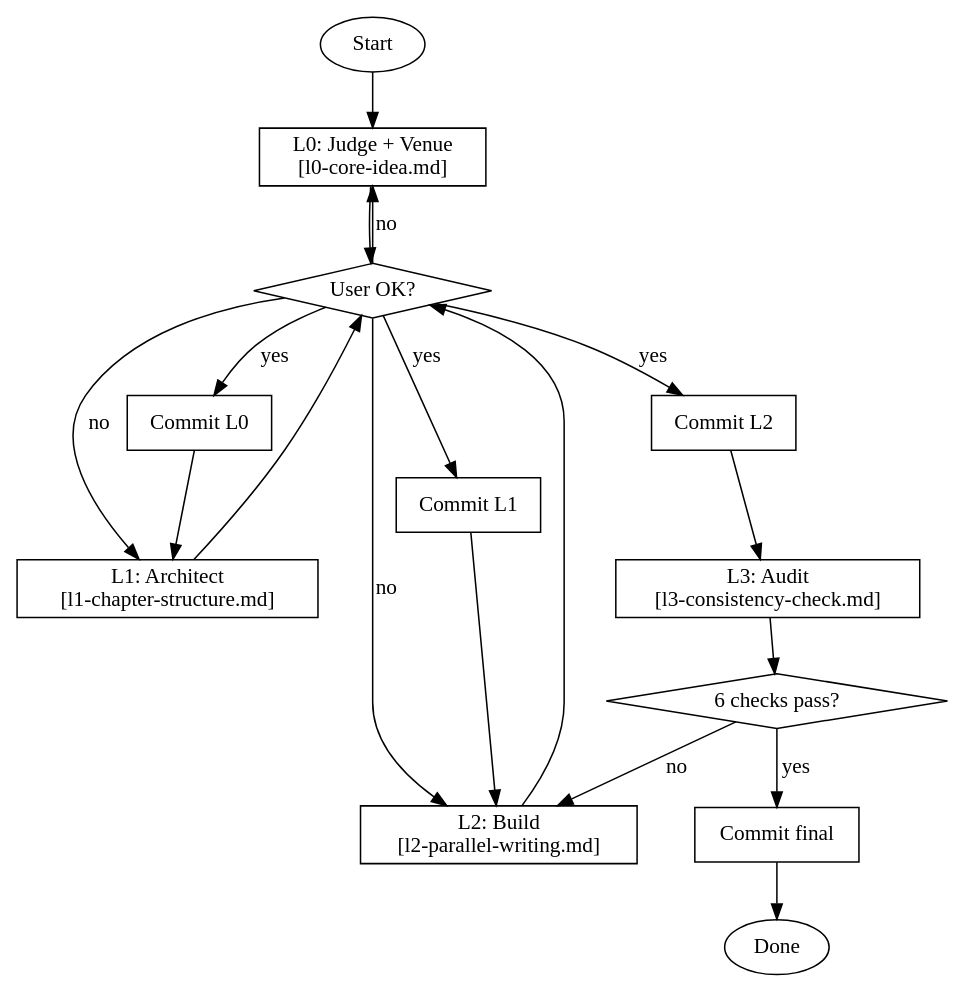
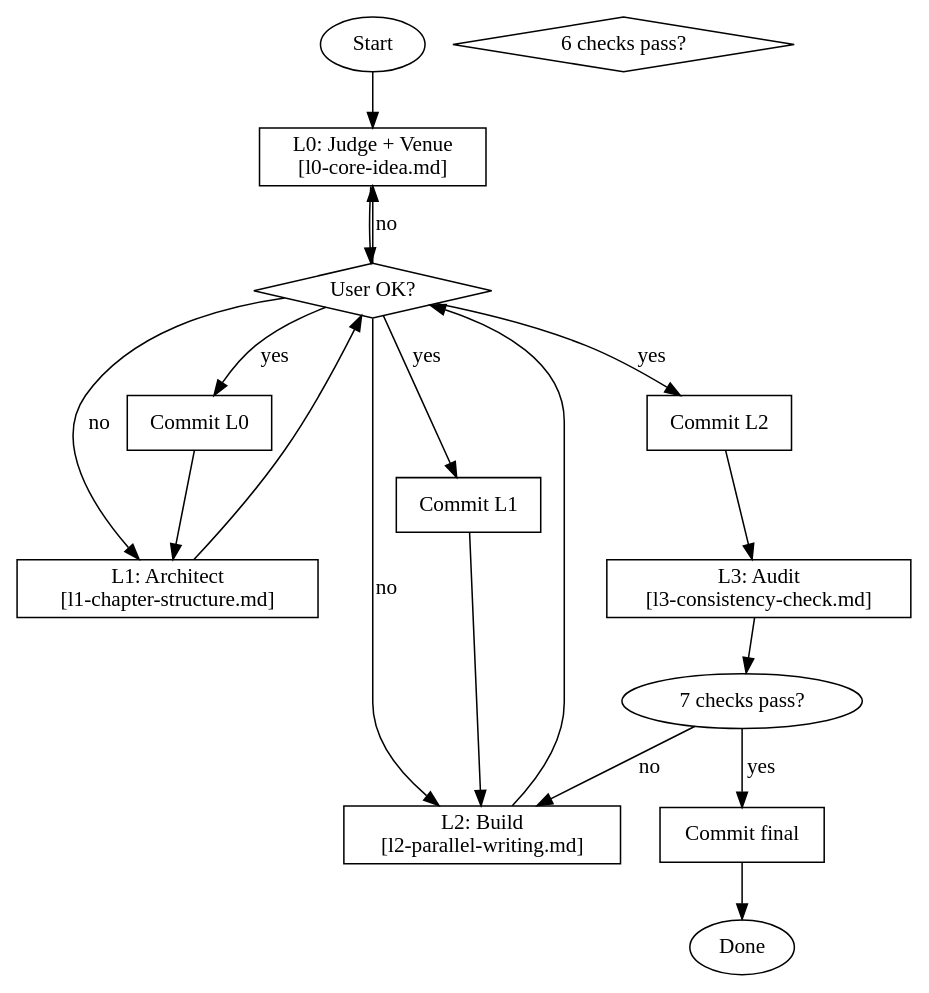
The diagram in skills/paper-writing/SKILL.md (Deadpoolmine/systematic-research-skills), drawn with Graphviz before and after one commit. The commit also changed 8 other files, not shown here.

First line of the commit message:
fix: resolve consistency issues in paper-writing skill

````diff
--- a/skills/paper-writing/SKILL.md
+++ b/skills/paper-writing/SKILL.md
@@ -72,29 +72,29 @@
 ```dot
 digraph hls {
     rankdir=TB;
     "Start" [shape=oval];
     "L0: Judge + Venue\n[l0-core-idea.md]" [shape=box];
     "User OK?" [shape=diamond];
     "Commit L0" [shape=box];
     "L1: Architect\n[l1-chapter-structure.md]" [shape=box];
     "User OK?" [shape=diamond];
     "Commit L1" [shape=box];
     "L2: Build\n[l2-parallel-writing.md]" [shape=box];
     "User OK?" [shape=diamond];
     "Commit L2" [shape=box];
     "L3: Audit\n[l3-consistency-check.md]" [shape=box];
     "6 checks pass?" [shape=diamond];
     "Commit final" [shape=box];
     "Done" [shape=oval];
 
     "Start" -> "L0: Judge + Venue\n[l0-core-idea.md]";
     "L0: Judge + Venue\n[l0-core-idea.md]" -> "User OK?"; "User OK?" -> "L0: Judge + Venue\n[l0-core-idea.md]" [label="no"];
     "User OK?" -> "Commit L0" [label="yes"]; "Commit L0" -> "L1: Architect\n[l1-chapter-structure.md]";
     "L1: Architect\n[l1-chapter-structure.md]" -> "User OK?"; "User OK?" -> "L1: Architect\n[l1-chapter-structure.md]" [label="no"];
     "User OK?" -> "Commit L1" [label="yes"]; "Commit L1" -> "L2: Build\n[l2-parallel-writing.md]";
     "L2: Build\n[l2-parallel-writing.md]" -> "User OK?"; "User OK?" -> "L2: Build\n[l2-parallel-writing.md]" [label="no"];
     "User OK?" -> "Commit L2" [label="yes"]; "Commit L2" -> "L3: Audit\n[l3-consistency-check.md]";
-    "L3: Audit\n[l3-consistency-check.md]" -> "6 checks pass?"; "6 checks pass?" -> "L2: Build\n[l2-parallel-writing.md]" [label="no"];
-    "6 checks pass?" -> "Commit final" [label="yes"]; "Commit final" -> "Done";
+    "L3: Audit\n[l3-consistency-check.md]" -> "7 checks pass?"; "7 checks pass?" -> "L2: Build\n[l2-parallel-writing.md]" [label="no"];
+    "7 checks pass?" -> "Commit final" [label="yes"]; "Commit final" -> "Done";
 }
 ```
````
